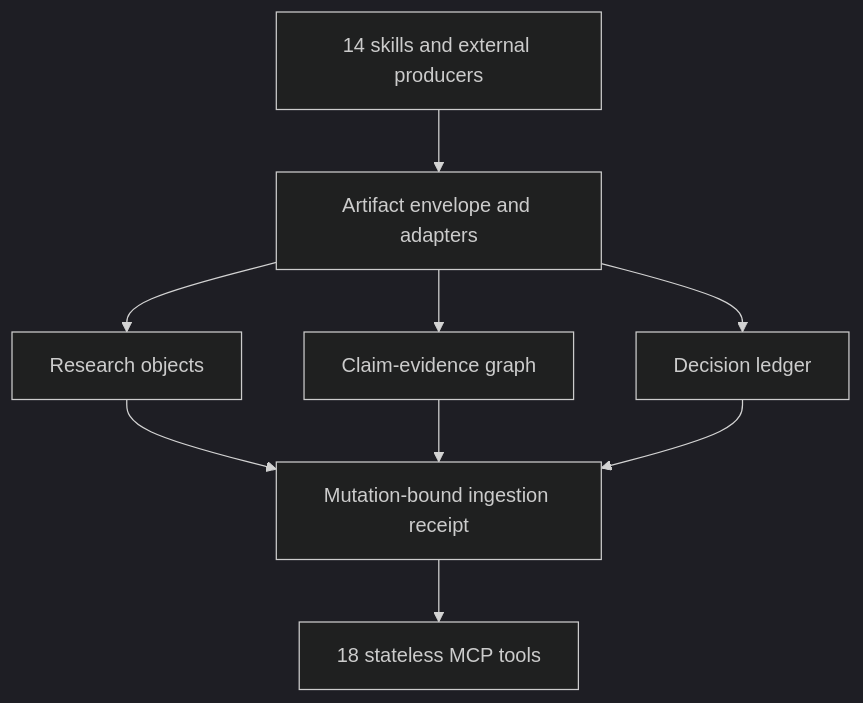
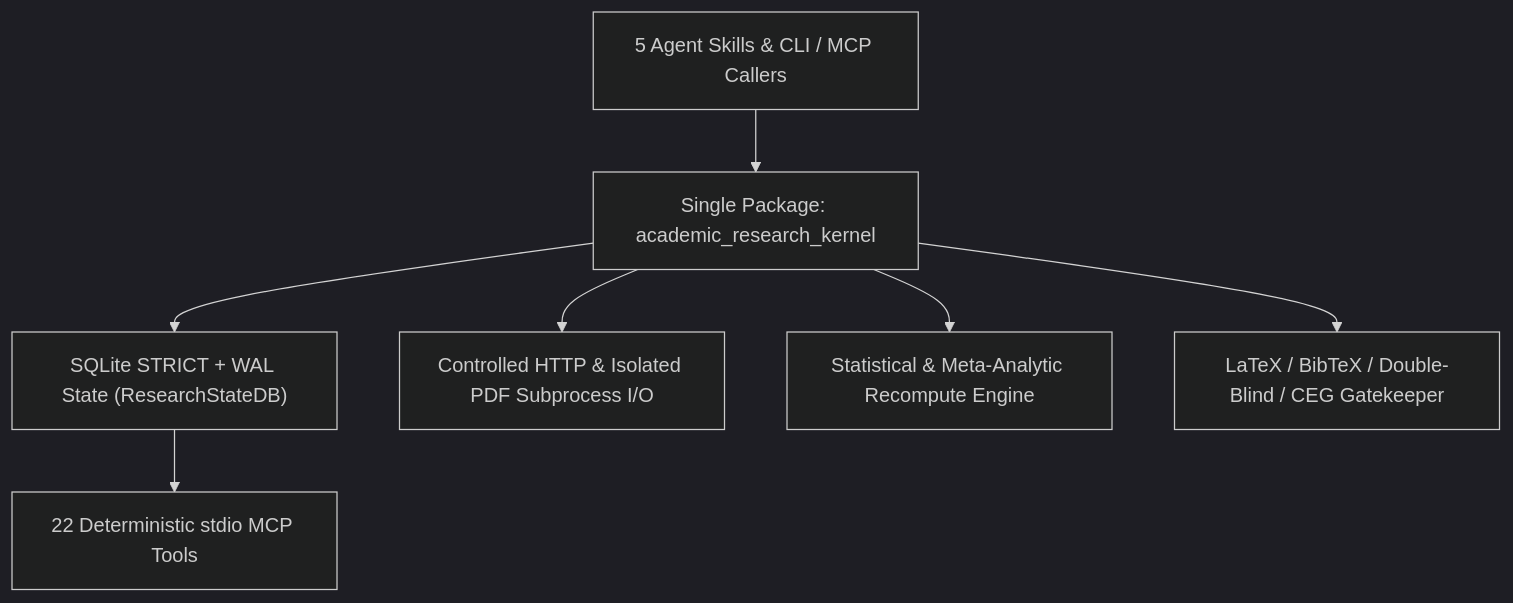
One commit to xngg1021/academic-research-kernel changed the diagram in docs/kernel-architecture.md. Above: the diagram before and after it, drawn with Mermaid (dark theme). The commit also changed other lines of this file and 115 other files, not shown here.

````diff
--- a/docs/kernel-architecture.md
+++ b/docs/kernel-architecture.md
@@ -9,11 +9,9 @@
 ```mermaid
 flowchart TD
-    A["14 skills and external producers"] --> B["Artifact envelope and adapters"]
-    B --> C["Research objects"]
-    B --> D["Claim-evidence graph"]
-    B --> E["Decision ledger"]
-    C --> F["Mutation-bound ingestion receipt"]
-    D --> F
-    E --> F
-    F --> G["18 stateless MCP tools"]
+    A["5 Agent Skills & CLI / MCP Callers"] --> B["Single Package: academic_research_kernel"]
+    B --> C["SQLite STRICT + WAL State (ResearchStateDB)"]
+    B --> D["Controlled HTTP & Isolated PDF Subprocess I/O"]
+    B --> E["Statistical & Meta-Analytic Recompute Engine"]
+    B --> F["LaTeX / BibTeX / Double-Blind / CEG Gatekeeper"]
+    C --> G["22 Deterministic stdio MCP Tools"]
 ```
````
